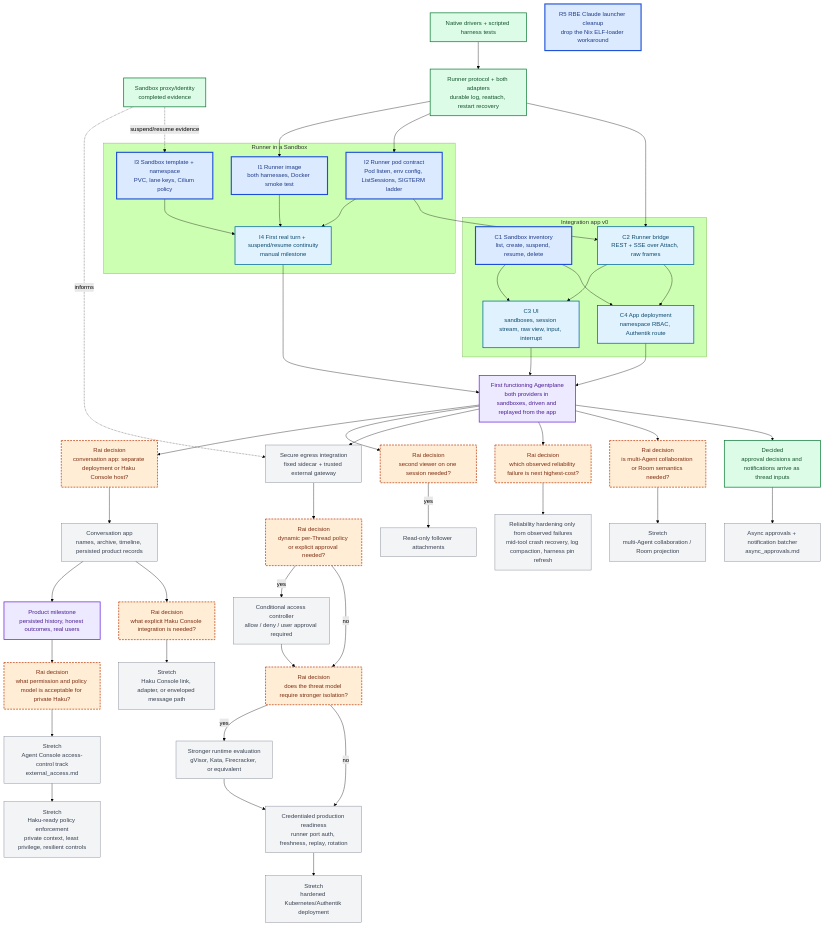
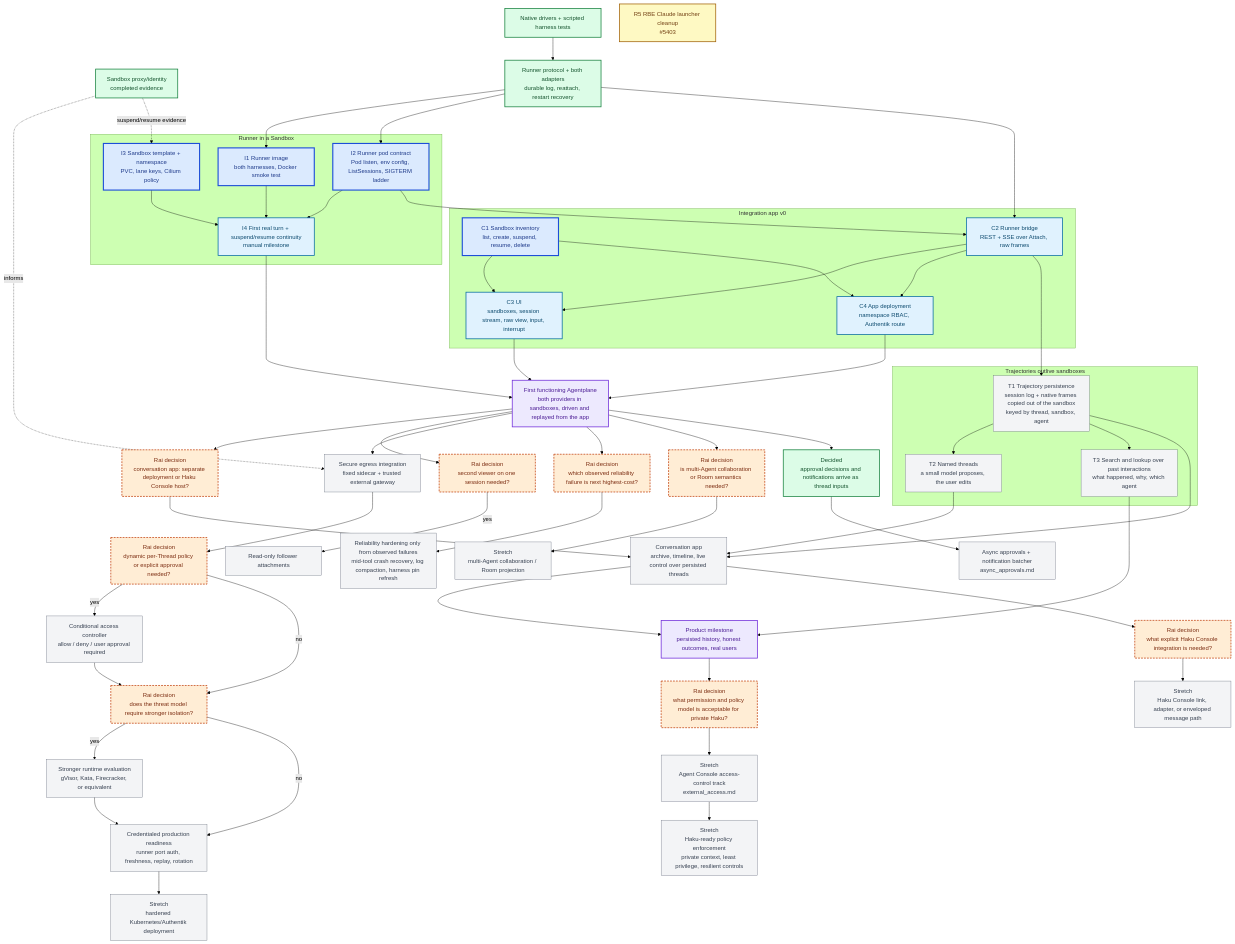
The diagram in x/agentplane/plans/task_dag.md (agentydragon/ducktape), drawn with Mermaid (forest theme) before and after one commit. The commit also changed other lines of this file and 1 other file, not shown here.

First line of the commit message:
agentplane: trajectories outlive sandboxes; nodes for persistence, names, search

````diff
--- a/x/agentplane/plans/task_dag.md
+++ b/x/agentplane/plans/task_dag.md
@@ -36,6 +38,7 @@
 ```mermaid
 flowchart TB
     classDef completed fill:#dcfce7,stroke:#15803d,color:#14532d,stroke-width:2px
+    classDef review fill:#fef9c3,stroke:#a16207,color:#713f12,stroke-width:2px
     classDef ready fill:#dbeafe,stroke:#1d4ed8,color:#1e3a8a,stroke-width:3px
     classDef next fill:#e0f2fe,stroke:#0369a1,color:#0c4a6e,stroke-width:2px
     classDef milestone fill:#ede9fe,stroke:#6d28d9,color:#4c1d95,stroke-width:2px
@@ -60,12 +63,17 @@
         C4["C4 App deployment<br/>namespace RBAC, Authentik route"]:::next
     end
 
-    R5["R5 RBE Claude launcher cleanup<br/>drop the Nix ELF-loader workaround"]:::ready
+    R5["R5 RBE Claude launcher cleanup<br/>#5403"]:::review
 
     F0["First functioning Agentplane<br/>both providers in sandboxes, driven and replayed from the app"]:::milestone
 
+    subgraph traj["Trajectories outlive sandboxes"]
+        T1["T1 Trajectory persistence<br/>session log + native frames copied out of the sandbox<br/>keyed by thread, sandbox, agent"]:::future
+        T2["T2 Named threads<br/>a small model proposes, the user edits"]:::future
+        T3["T3 Search and lookup over past interactions<br/>what happened, why, which agent"]:::future
+    end
     D["Rai decision<br/>conversation app: separate deployment or Haku Console host?"]:::decision
-    E["Conversation app<br/>names, archive, timeline, persisted product records"]:::future
+    E["Conversation app<br/>archive, timeline, live control over persisted threads"]:::future
     F["Product milestone<br/>persisted history, honest outcomes, real users"]:::milestone
 
     G["Rai decision<br/>second viewer on one session needed?"]:::decision
@@ -107,7 +115,15 @@
     I4 --> F0
     C3 --> F0
     C4 --> F0
-    F0 --> D --> E --> F
+    C2 --> T1
+    T1 --> T2
+    T1 --> T3
+    F0 --> D
+    D --> E
+    T1 --> E
+    T2 --> E
+    E --> F
+    T3 --> F
     F0 --> G -->|yes| R1
     F0 --> J --> P
     P -->|yes| K --> R
````
